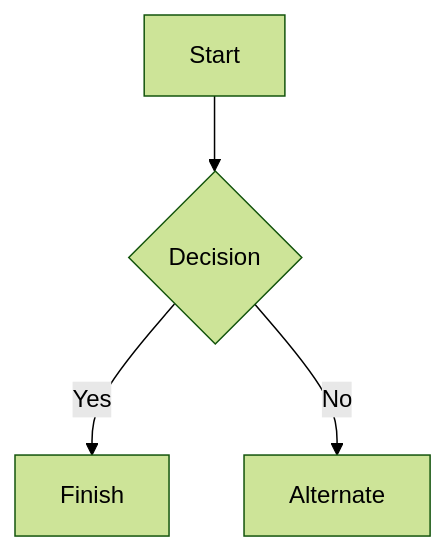
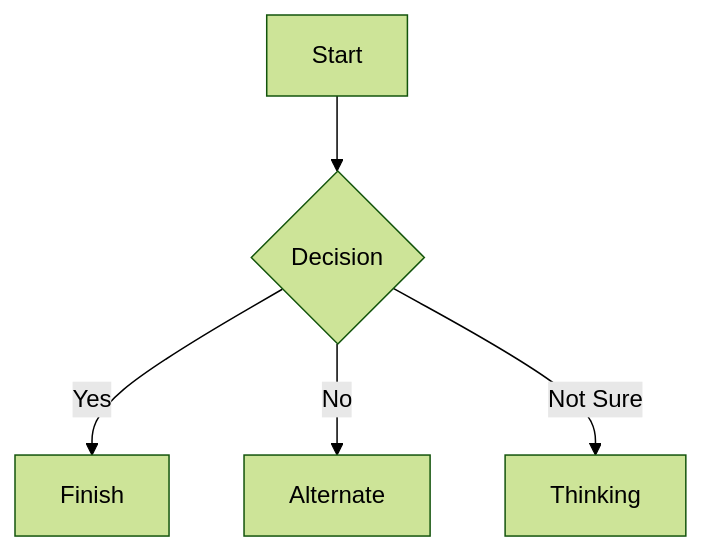
The diagram in Tulis/Buku/manual.md (amin007/read-file-srt), drawn with Mermaid (forest theme) before and after one commit. The commit also changed other lines of this file, not shown here.

````diff
--- a/Tulis/Buku/manual.md
+++ b/Tulis/Buku/manual.md
@@ -36,6 +36,7 @@
 ```mermaid
 graph TD
   A[Start] --> B{Decision}
   B -->|Yes| C[Finish]
   B -->|No| D[Alternate]
+  B -->|Not Sure| E[Thinking]
 ```
````
